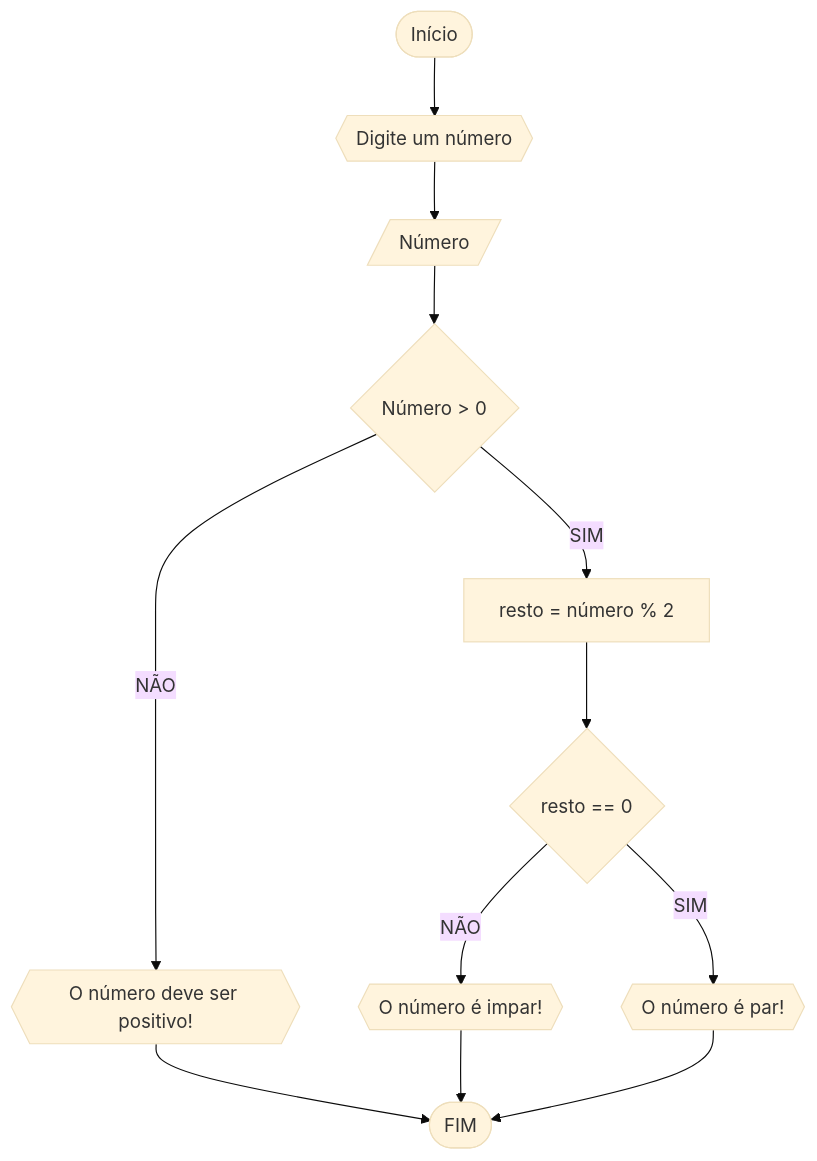
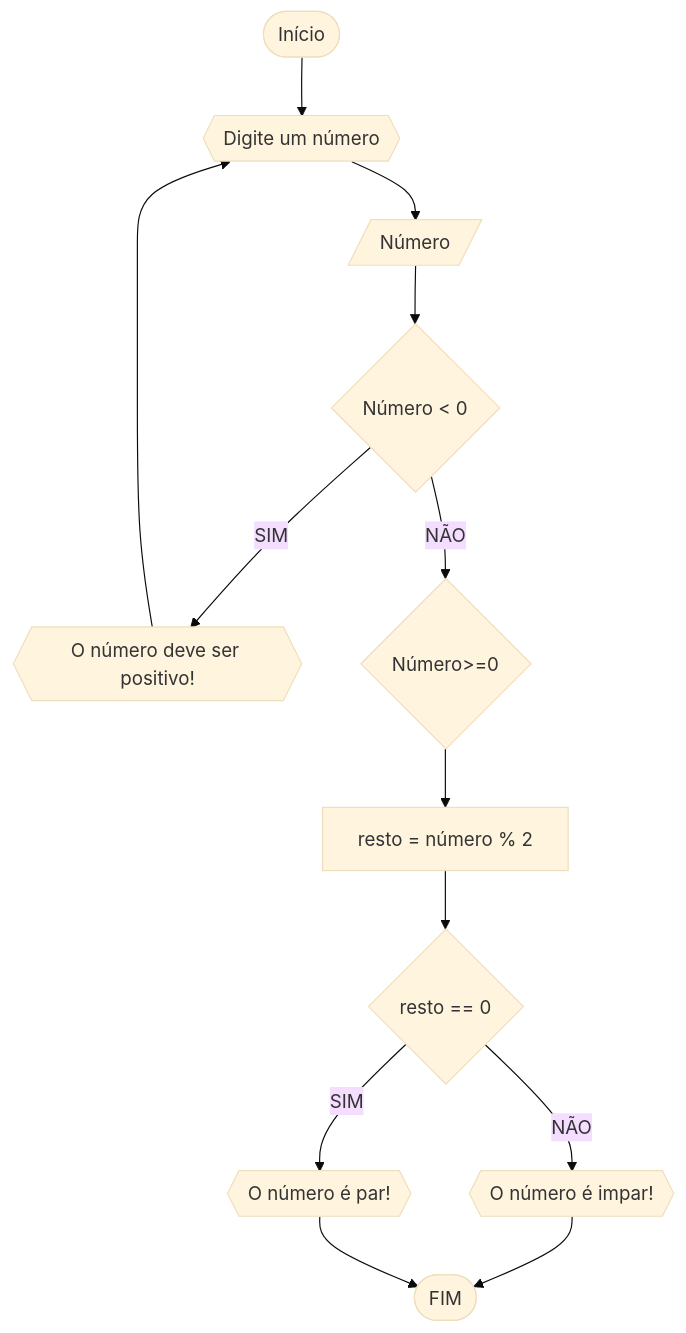
One commit to marviniciuss/unifor changed the diagram in RLA/lista3_exercicios.md. Above: the diagram before and after it, drawn with Mermaid (base theme). The commit also changed other lines of this file, not shown here.

````diff
--- a/RLA/lista3_exercicios.md
+++ b/RLA/lista3_exercicios.md
@@ -7,14 +8,15 @@
 ```mermaid
 flowchart TD
 A([Início])-->B{{Digite um número}}
 B-->C[/Número/]
-C--> D{Número > 0}
-D--NÃO-->E{{O número deve ser positivo!}}
-E-->J([FIM])
-D--SIM-->F[resto = número % 2]
-F --> G{resto == 0}
-G--NÃO-->H{{O número é impar!}}
-G--SIM--> I{{O número é par!}}
-H-->J([FIM])
-I-->J([FIM])
+C--> D{Número < 0}
+D--SIM-->E{{O número deve ser positivo!}}
+E-->B
+D--NÃO-->F{Número>=0}
+F-->G[resto = número % 2]
+G-->H{resto == 0}
+H--NÃO-->I{{O número é impar!}}
+I-->K
+H--SIM-->J{{O número é par!}}
+J-->K([FIM])
 ```
````
